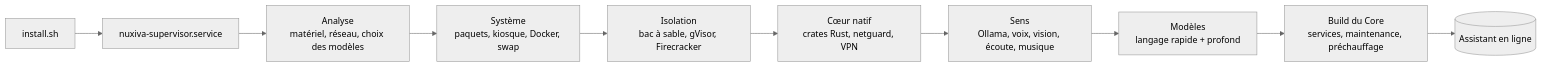
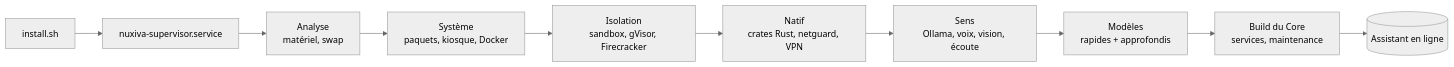
Before and after one commit to AprileNunzio/Nuxiva: the first of 2 diagrams in README_FR.md, drawn with Mermaid (neutral theme). The commit also changed other lines of this file and 1 other file, not shown here.

````diff
--- a/README_FR.md
+++ b/README_FR.md
@@ -76,12 +58,12 @@
 ```mermaid
 flowchart LR
     A[install.sh] --> B[nuxiva-supervisor.service]
-    B --> C[Analyse<br/>matériel, réseau, choix des modèles]
-    C --> D[Système<br/>paquets, kiosque, Docker, swap]
-    D --> E[Isolation<br/>bac à sable, gVisor, Firecracker]
-    E --> F[Cœur natif<br/>crates Rust, netguard, VPN]
-    F --> G[Sens<br/>Ollama, voix, vision, écoute, musique]
-    G --> H[Modèles<br/>langage rapide + profond]
-    H --> I[Build du Core<br/>services, maintenance, préchauffage]
+    B --> C[Analyse<br/>matériel, swap]
+    C --> D[Système<br/>paquets, kiosque, Docker]
+    D --> E[Isolation<br/>sandbox, gVisor, Firecracker]
+    E --> F[Natif<br/>crates Rust, netguard, VPN]
+    F --> G[Sens<br/>Ollama, voix, vision, écoute]
+    G --> H[Modèles<br/>rapides + approfondis]
+    H --> I[Build du Core<br/>services, maintenance]
     I --> J[(Assistant en ligne)]
 ```
````
